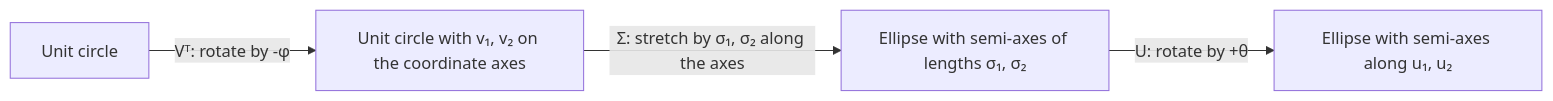
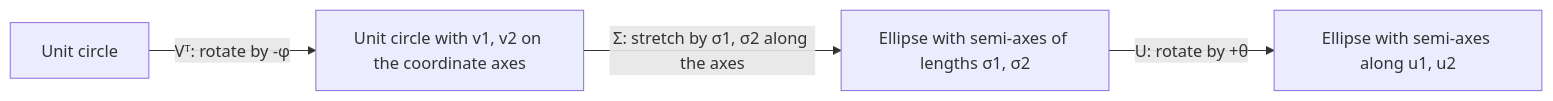
One commit to Choroning/26Spring_Computer-Linear-Algebra changed the second of 2 diagrams in Lecture-Notes/Ch07_Singular-Value-Decomposition/Concepts_Lecture.md. Above: the diagram before and after it, drawn with Mermaid. The commit also changed other lines of this file and 5 other files, not shown here.

````diff
--- a/Lecture-Notes/Ch07_Singular-Value-Decomposition/Concepts_Lecture.md
+++ b/Lecture-Notes/Ch07_Singular-Value-Decomposition/Concepts_Lecture.md
@@ -308,6 +308,6 @@
 ```mermaid
 flowchart LR
-    S0["Unit circle"] -->|"Vᵀ: rotate by -φ"| S1["Unit circle with v₁, v₂ on the coordinate axes"]
-    S1 -->|"Σ: stretch by σ₁, σ₂ along the axes"| S2["Ellipse with semi-axes of lengths σ₁, σ₂"]
-    S2 -->|"U: rotate by +θ"| S3["Ellipse with semi-axes along u₁, u₂"]
+    S0["Unit circle"] -->|"Vᵀ: rotate by -φ"| S1["Unit circle with v1, v2 on the coordinate axes"]
+    S1 -->|"Σ: stretch by σ1, σ2 along the axes"| S2["Ellipse with semi-axes of lengths σ1, σ2"]
+    S2 -->|"U: rotate by +θ"| S3["Ellipse with semi-axes along u1, u2"]
 ```
````
